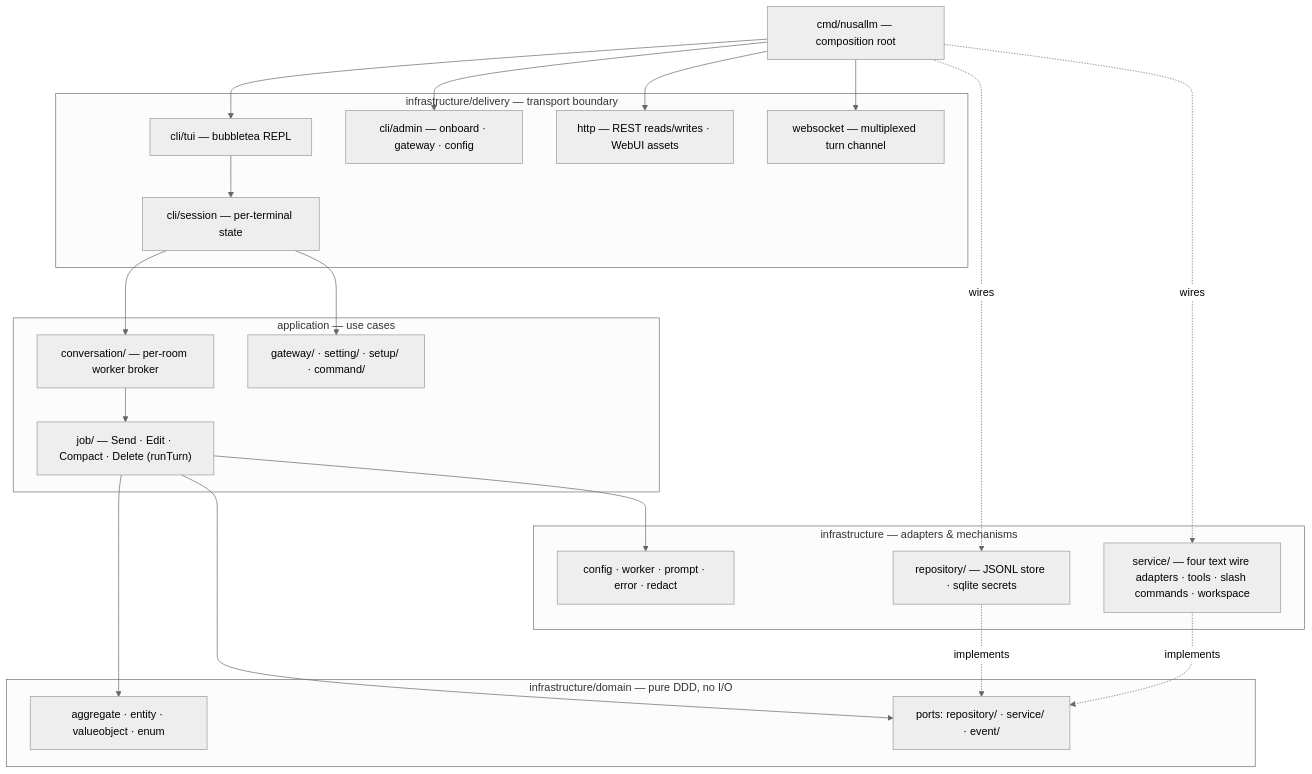
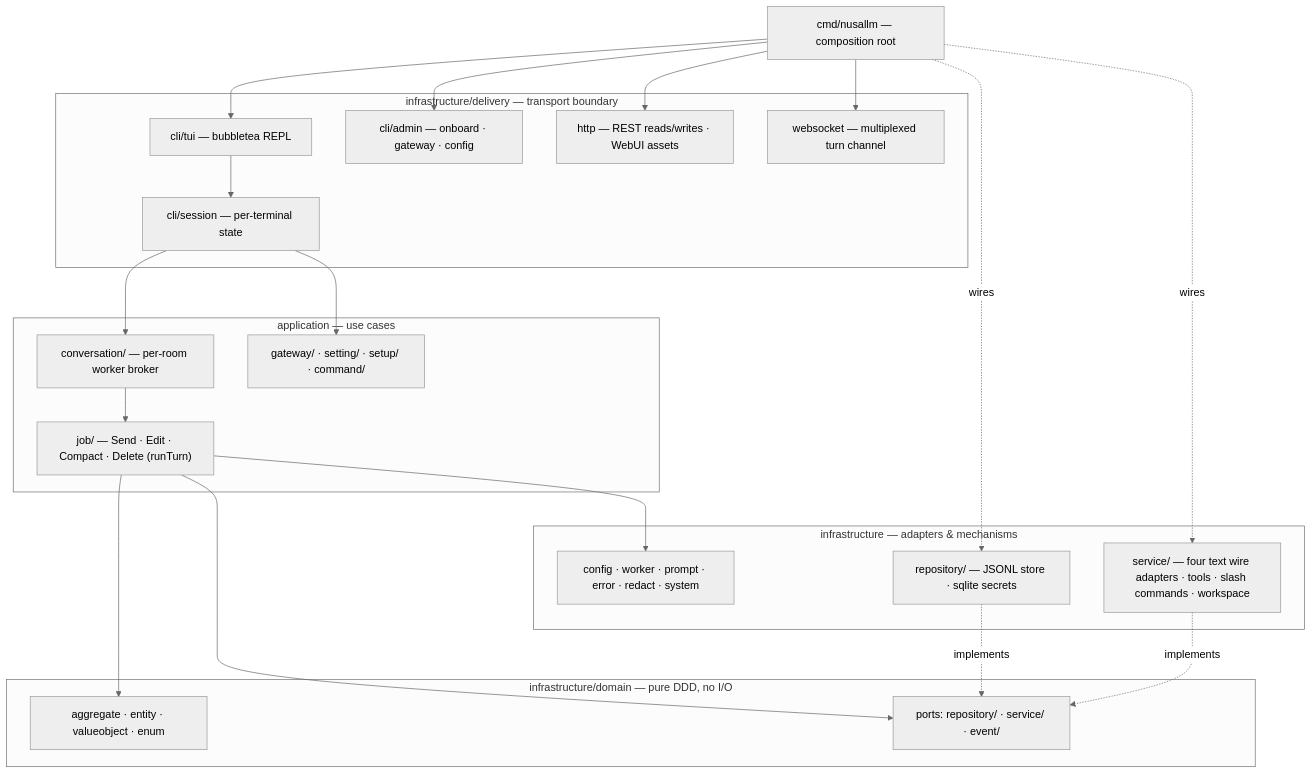
The diagram in docs/architecture.md (jahrulnr/NusaLLM), drawn with Mermaid (neutral theme) before and after one commit. The commit also changed other lines of this file and 28 other files, not shown here.

Commit message:
refactor: introduce bounded retry for transient upstream failures and improve service installation flow

````diff
--- a/docs/architecture.md
+++ b/docs/architecture.md
@@ -22,45 +22,45 @@
 ```mermaid
 flowchart TB
     main["cmd/nusallm — composition root"]
 
     subgraph delivery["infrastructure/delivery — transport boundary"]
         tui["cli/tui — bubbletea REPL"]
         adm["cli/admin — onboard · gateway · config"]
         sess["cli/session — per-terminal state"]
         httpd["http — REST reads/writes · WebUI assets"]
         wsd["websocket — multiplexed turn channel"]
     end
 
     subgraph app["application — use cases"]
         conv["conversation/ — per-room worker broker"]
         job["job/ — Send · Edit · Compact · Delete (runTurn)"]
         mgmt["gateway/ · setting/ · setup/ · command/"]
     end
 
     subgraph domain["infrastructure/domain — pure DDD, no I/O"]
         model["aggregate · entity · valueobject · enum"]
         ports["ports: repository/ · service/ · event/"]
     end
 
     subgraph adapters["infrastructure — adapters & mechanisms"]
         repo["repository/ — JSONL store · sqlite secrets"]
         svc["service/ — four text wire adapters · tools · slash commands · workspace"]
-        mech["config · worker · prompt · error · redact"]
+        mech["config · worker · prompt · error · redact · system"]
     end
 
     main --> tui
     main --> adm
     main --> httpd
     main --> wsd
     main -. wires .-> repo
     main -. wires .-> svc
     tui --> sess
     sess --> conv
     sess --> mgmt
     conv --> job
     job --> model
     job --> ports
     repo -. implements .-> ports
     svc -. implements .-> ports
     job --> mech
 ```
````
